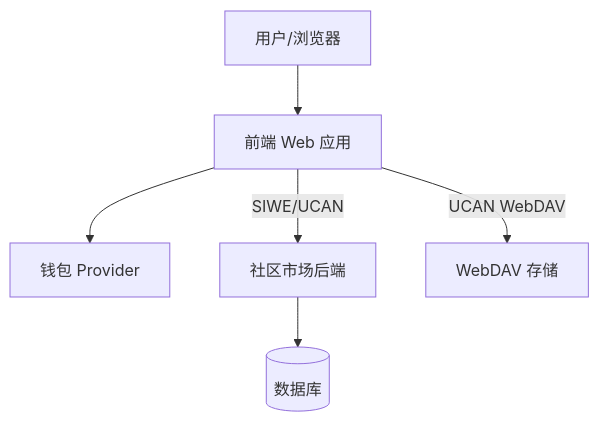
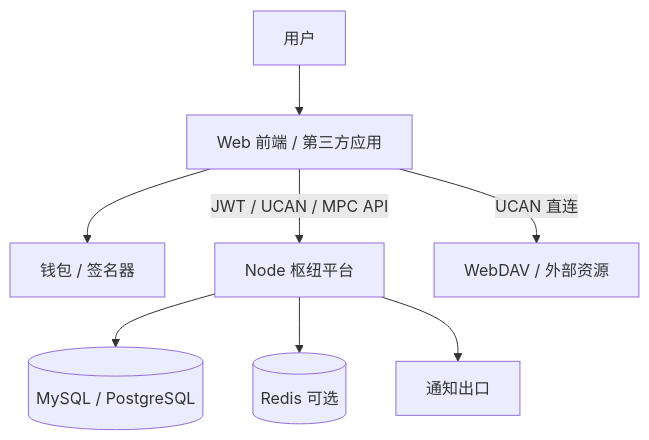
One commit to yeying-community/node changed the first of 2 diagrams in docs/系统架构.md. Above: the diagram before and after it, drawn with Mermaid. The commit also changed other lines of this file and 22 other files, not shown here.

````diff
--- a/docs/系统架构.md
+++ b/docs/系统架构.md
@@ -22,15 +101,19 @@
 ```mermaid
 flowchart TD
-  User[用户/浏览器]
-  Wallet[钱包 Provider]
-  FE[前端 Web 应用]
-  BE[社区市场后端]
-  DB[(数据库)]
-  WebDAV[WebDAV 存储]
+  User[用户]
+  Wallet[钱包 / 签名器]
+  FE[Web 前端 / 第三方应用]
+  Node[Node 枢纽平台]
+  DB[(MySQL / PostgreSQL)]
+  Redis[(Redis 可选)]
+  WebDAV[WebDAV / 外部资源]
+  Notify[通知出口]
 
   User --> FE
   FE --> Wallet
-  FE -->|SIWE/UCAN| BE
-  BE --> DB
-  FE -->|UCAN WebDAV| WebDAV
+  FE -->|JWT / UCAN / MPC API| Node
+  Node --> DB
+  Node --> Redis
+  FE -->|UCAN 直连| WebDAV
+  Node --> Notify
 ```
````
